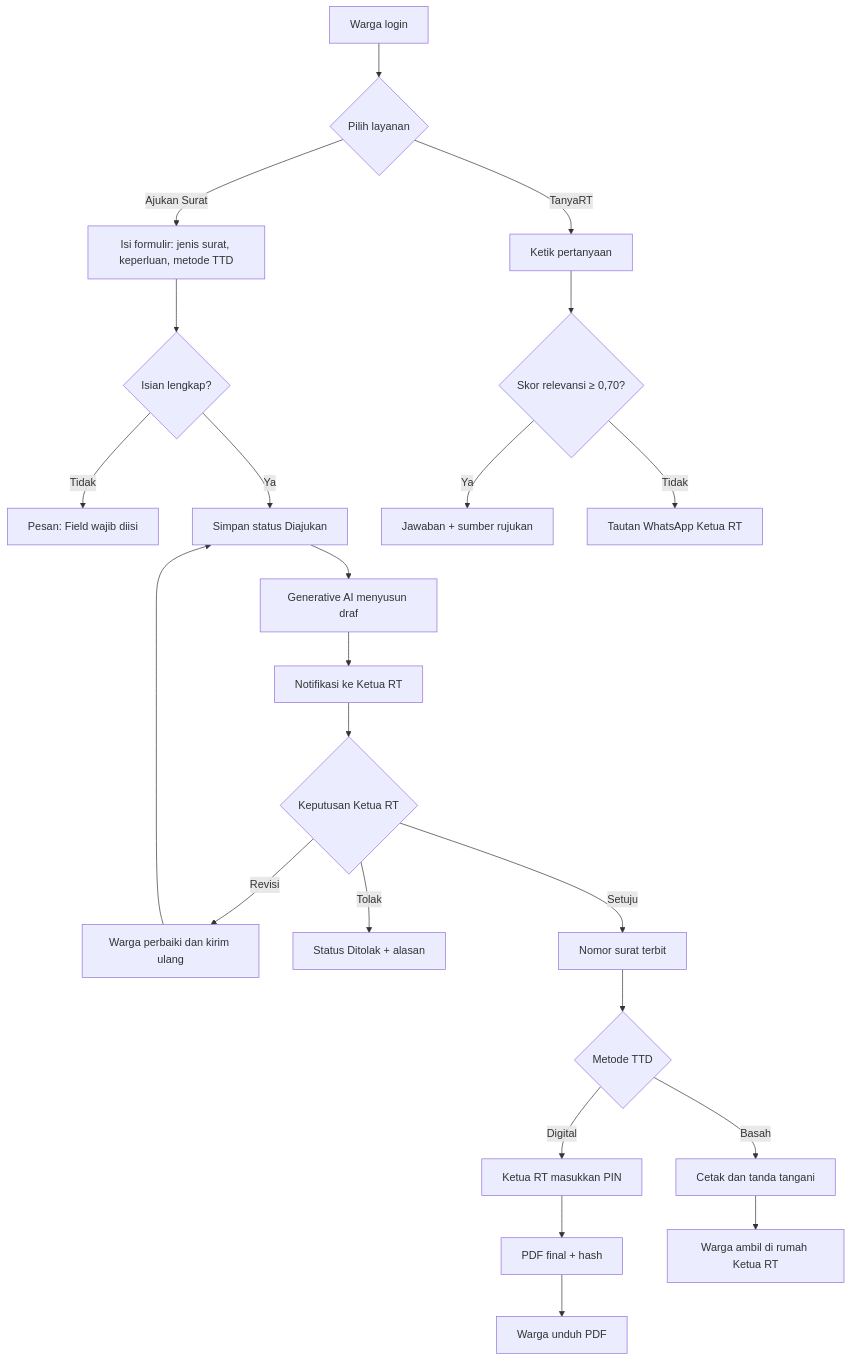
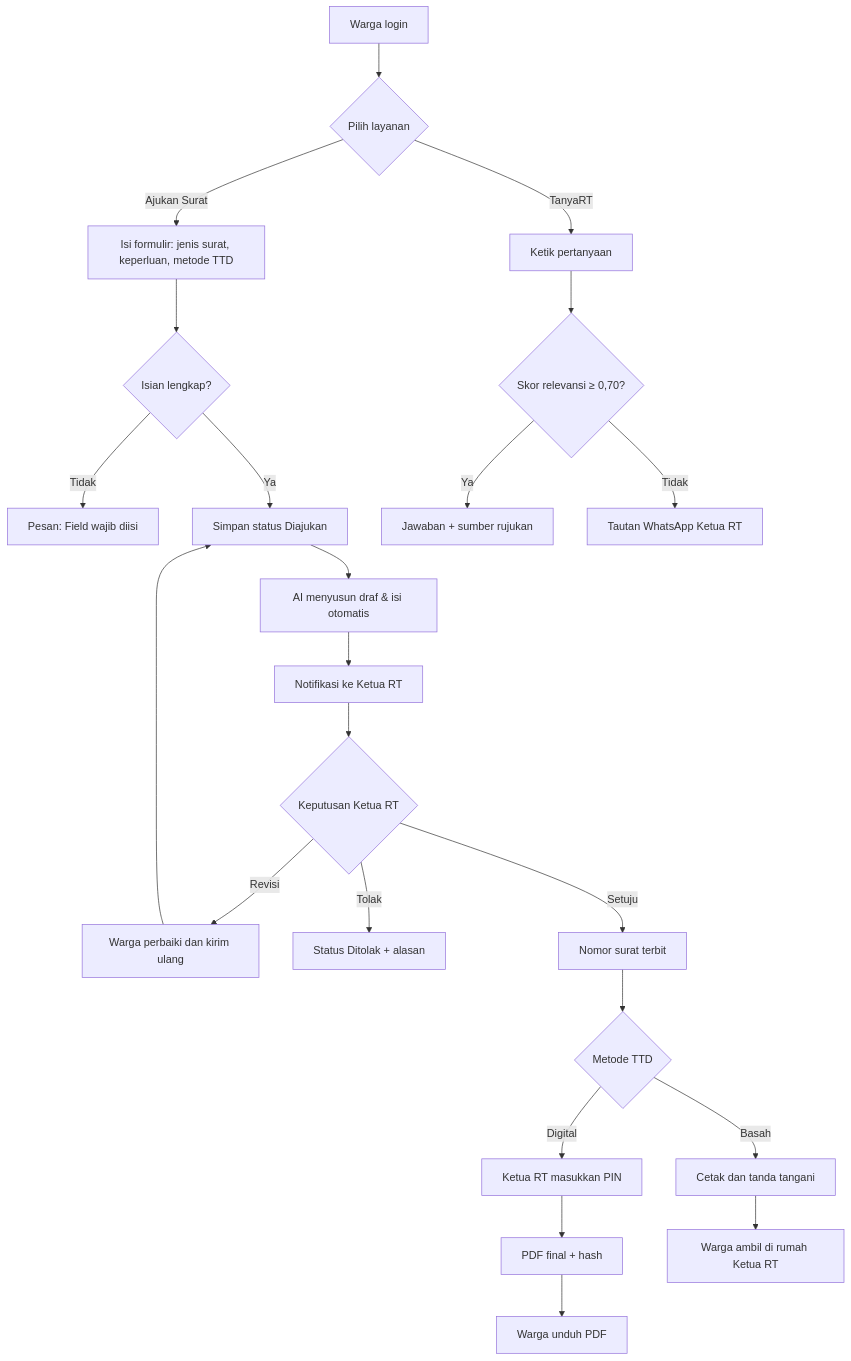
The second of 2 diagrams in README.md (AgilePemdigi-2026/RTConnect), drawn with Mermaid before and after one commit. The commit also changed other lines of this file and 48 other files, not shown here.

````diff
--- a/README.md
+++ b/README.md
@@ -123,25 +112,25 @@
 ```mermaid
 flowchart TD
   A[Warga login] --> B{Pilih layanan}
   B -->|Ajukan Surat| C[Isi formulir: jenis surat, keperluan, metode TTD]
   C --> D{Isian lengkap?}
   D -->|Tidak| C1[Pesan: Field wajib diisi]
   D -->|Ya| E[Simpan status Diajukan]
-  E --> F[Generative AI menyusun draf]
+  E --> F[AI menyusun draf & isi otomatis]
   F --> G[Notifikasi ke Ketua RT]
   G --> H{Keputusan Ketua RT}
   H -->|Revisi| I[Warga perbaiki dan kirim ulang]
   I --> E
   H -->|Tolak| J[Status Ditolak + alasan]
   H -->|Setuju| K[Nomor surat terbit]
   K --> L{Metode TTD}
   L -->|Digital| M[Ketua RT masukkan PIN]
   M --> N[PDF final + hash]
   N --> O[Warga unduh PDF]
   L -->|Basah| P[Cetak dan tanda tangani]
   P --> Q[Warga ambil di rumah Ketua RT]
   B -->|TanyaRT| R[Ketik pertanyaan]
   R --> S{Skor relevansi ≥ 0,70?}
   S -->|Ya| T[Jawaban + sumber rujukan]
   S -->|Tidak| U[Tautan WhatsApp Ketua RT]
 ```
````
